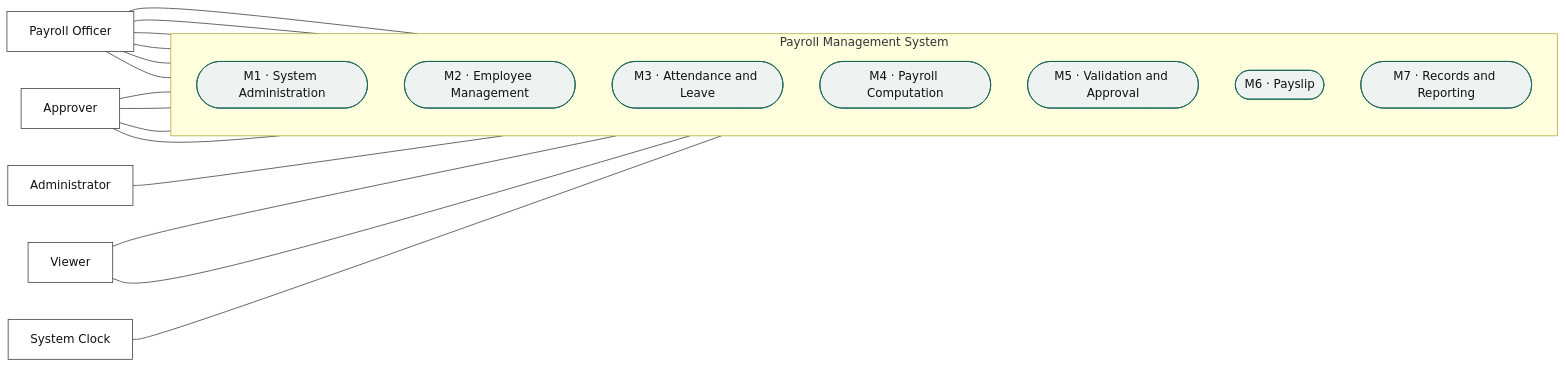
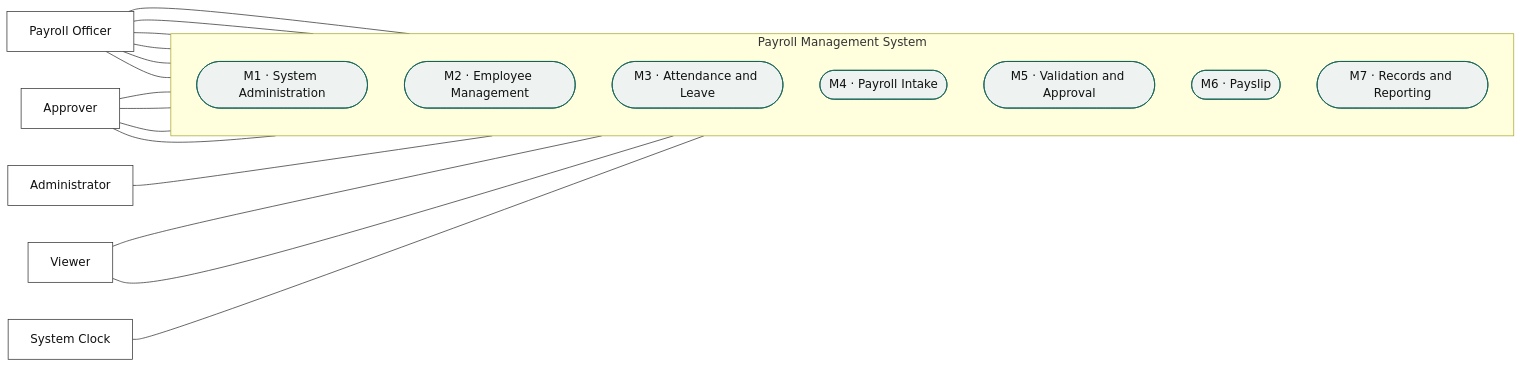
One commit to rjfat/municipal-payroll-system changed the second of 8 diagrams in docs/use-case-model.md. Above: the diagram before and after it, drawn with Mermaid. The commit also changed other lines of this file and 6 other files, not shown here.

````diff
--- a/docs/use-case-model.md
+++ b/docs/use-case-model.md
@@ -177,39 +178,39 @@
 ```mermaid
 flowchart LR
     PO["Payroll Officer"]
     AP["Approver"]
     AD["Administrator"]
     VW["Viewer"]
     SC["System Clock"]
 
     subgraph SYS["Payroll Management System"]
         direction TB
         M1(["M1 · System Administration"])
         M2(["M2 · Employee Management"])
         M3(["M3 · Attendance and Leave"])
-        M4(["M4 · Payroll Computation"])
+        M4(["M4 · Payroll Intake"])
         M5(["M5 · Validation and Approval"])
         M6(["M6 · Payslip"])
         M7(["M7 · Records and Reporting"])
     end
 
     PO --- M2
     PO --- M3
     PO --- M4
     PO --- M5
     PO --- M6
     PO --- M7
     AP --- M3
     AP --- M5
     AP --- M7
     AP --- M1
     AD --- M1
     VW --- M7
     VW --- M5
     SC --- M1
 
     classDef actor fill:#ffffff,stroke:#333,stroke-width:1px,color:#111;
     classDef uc fill:#eef3f1,stroke:#0F6154,stroke-width:1px,color:#111;
     class PO,AP,AD,VW,SC actor;
     class M1,M2,M3,M4,M5,M6,M7 uc;
 ```
````
